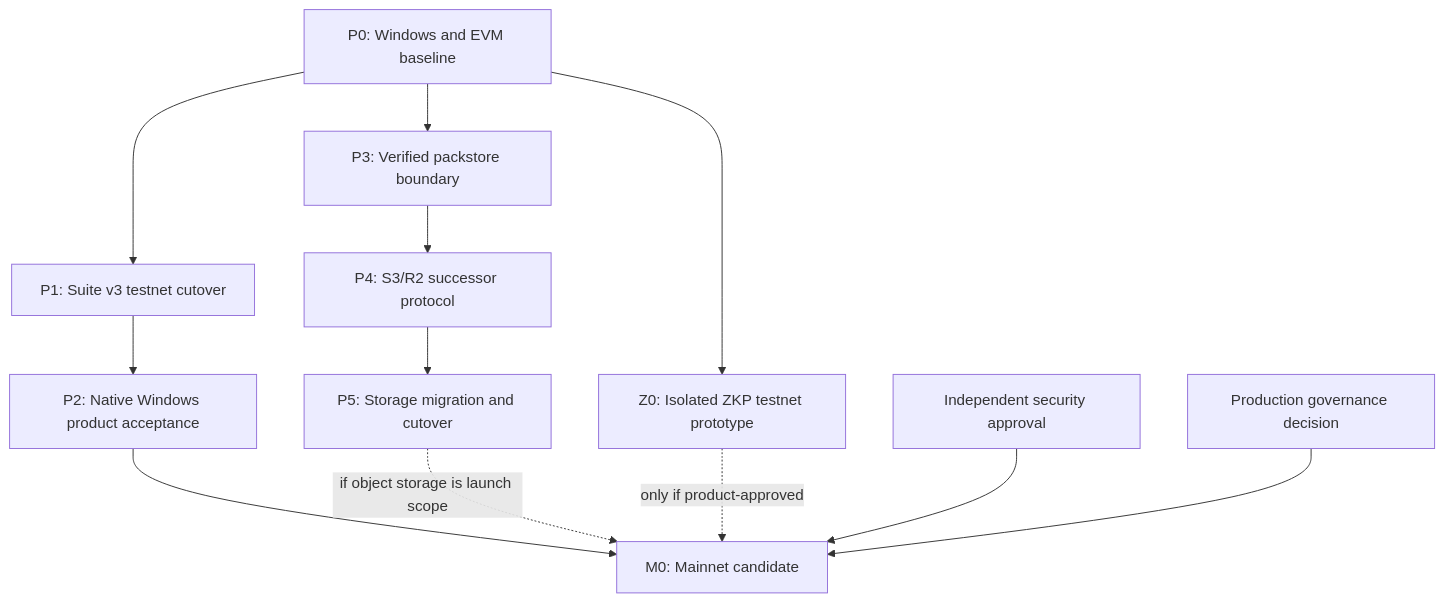
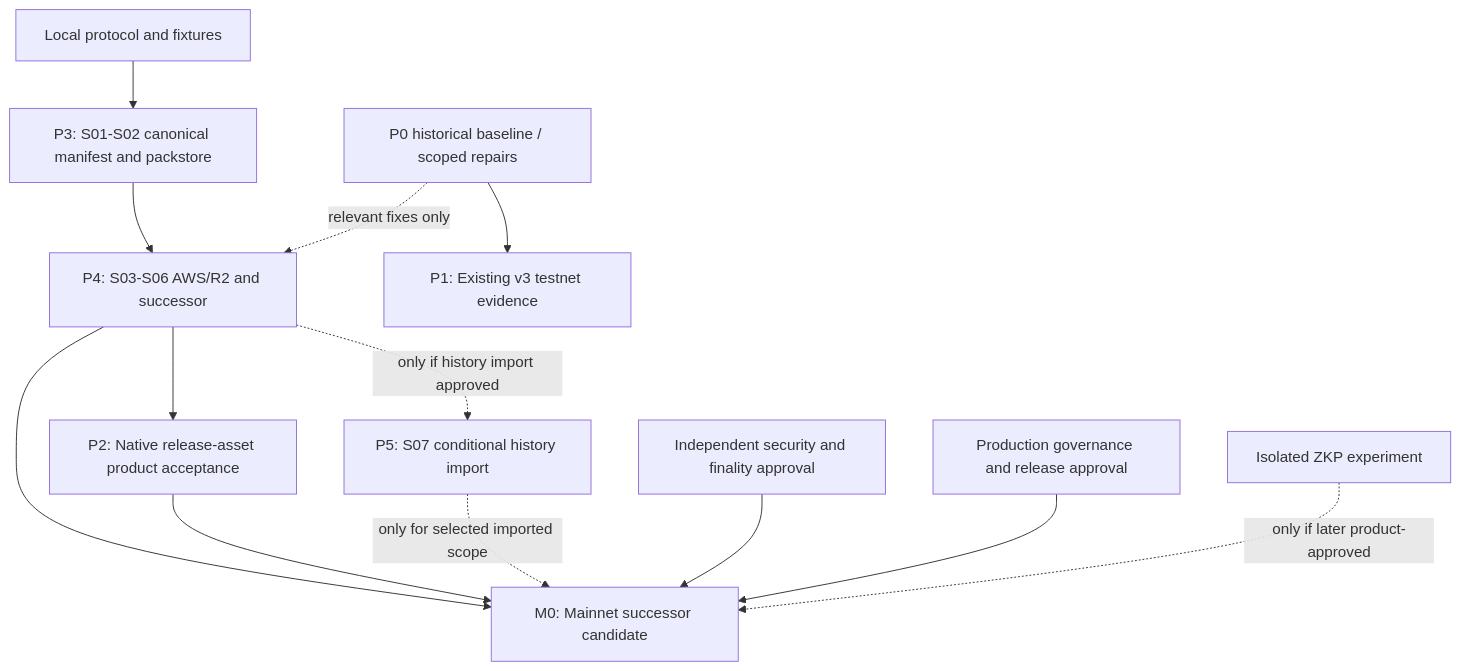
Before and after one commit to Hny0305Lin/next-injective-git: the diagram in docs/delivery-roadmap.md, drawn with Mermaid. The commit also changed other lines of this file and 17 other files, not shown here.

Commit message:
docs(storage): align BYOS scope and project status

````diff
--- a/docs/delivery-roadmap.md
+++ b/docs/delivery-roadmap.md
@@ -122,14 +107,15 @@
 ```mermaid
 flowchart TD
-  P0["P0: Windows and EVM baseline"] --> P1["P1: Suite v3 testnet cutover"]
-  P1 --> P2["P2: Native Windows product acceptance"]
-  P0 --> P3["P3: Verified packstore boundary"]
-  P3 --> P4["P4: S3/R2 successor protocol"]
-  P4 --> P5["P5: Storage migration and cutover"]
-  P0 --> Z0["Z0: Isolated ZKP testnet prototype"]
-  P2 --> M0["M0: Mainnet candidate"]
-  P5 -. "if object storage is launch scope" .-> M0
-  Z0 -. "only if product-approved" .-> M0
-  S0["Independent security approval"] --> M0
-  G0["Production governance decision"] --> M0
+  Local[Local protocol and fixtures] --> P3[P3: S01-S02 canonical manifest and packstore]
+  P3 --> P4[P4: S03-S06 AWS/R2 and successor]
+  P4 --> P2[P2: Native release-asset product acceptance]
+  P4 --> M0[M0: Mainnet successor candidate]
+  P2 --> M0
+  P4 -. only if history import approved .-> P5[P5: S07 conditional history import]
+  P5 -. only for selected imported scope .-> M0
+  P0[P0 historical baseline / scoped repairs] --> P1[P1: Existing v3 testnet evidence]
+  P0 -. relevant fixes only .-> P4
+  S0[Independent security and finality approval] --> M0
+  G0[Production governance and release approval] --> M0
+  Z0[Isolated ZKP experiment] -. only if later product-approved .-> M0
 ```
````
